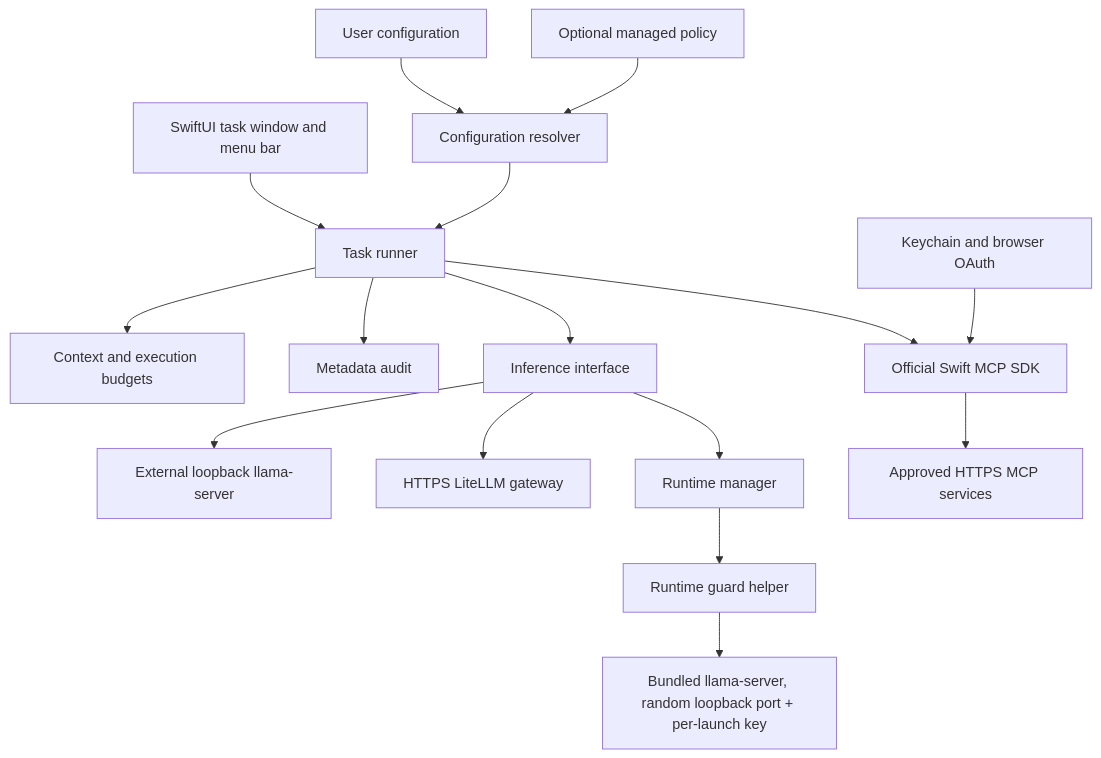
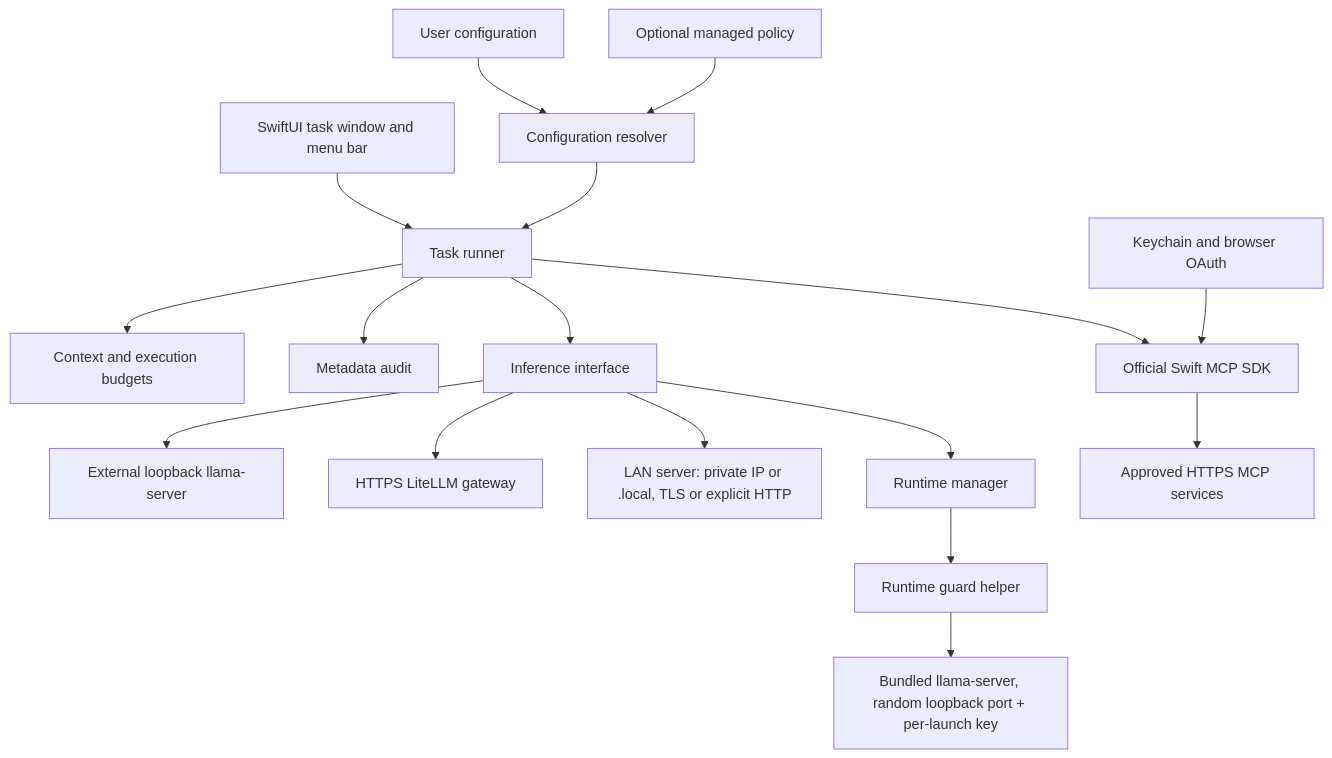
One commit to jsbonsai/minimodeLL changed the first of 3 diagrams in docs/architecture.md. Above: the diagram before and after it, drawn with Mermaid. The commit also changed other lines of this file and 8 other files, not shown here.

````diff
--- a/docs/architecture.md
+++ b/docs/architecture.md
@@ -9,18 +9,19 @@
 ```mermaid
 flowchart TD
     UI[SwiftUI task window and menu bar] --> Runner[Task runner]
     Policy[Configuration resolver] --> Runner
     User[User configuration] --> Policy
     MDM[Optional managed policy] --> Policy
     Runner --> Budget[Context and execution budgets]
     Runner --> Audit[Metadata audit]
     Runner --> Inference[Inference interface]
     Inference --> Local[External loopback llama-server]
     Inference --> Cloud[HTTPS LiteLLM gateway]
+    Inference --> LAN[LAN server: private IP or .local, TLS or explicit HTTP]
     Inference --> Manager[Runtime manager]
     Manager --> Guard[Runtime guard helper]
     Guard --> Bundled[Bundled llama-server, random loopback port + per-launch key]
     Runner --> MCP[Official Swift MCP SDK]
     MCP --> Services[Approved HTTPS MCP services]
     Keychain[Keychain and browser OAuth] --> MCP
 ```
````
